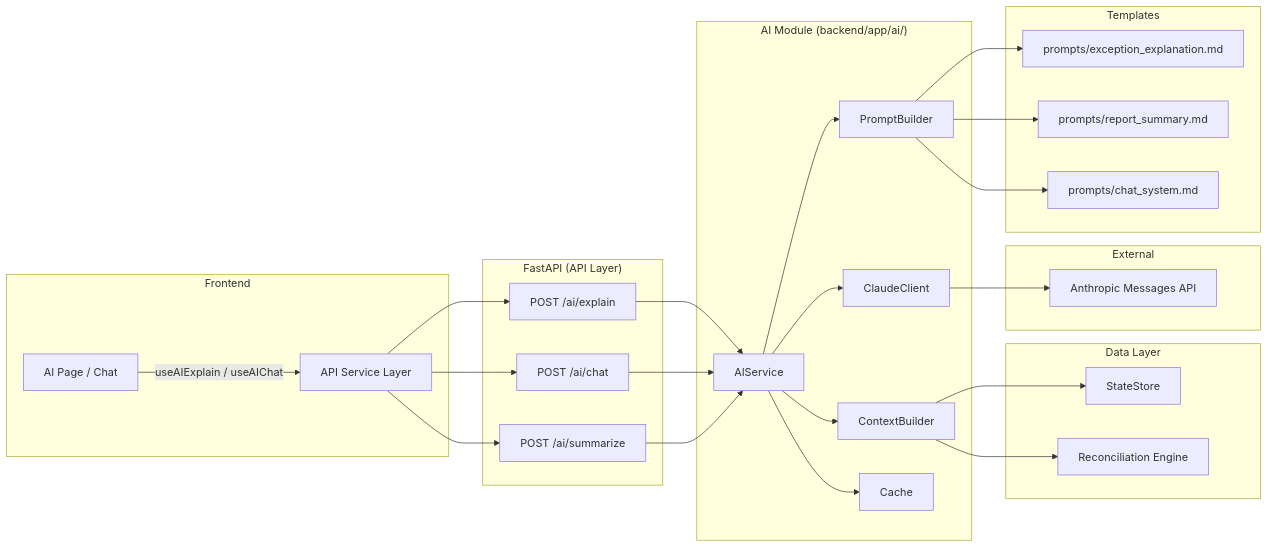
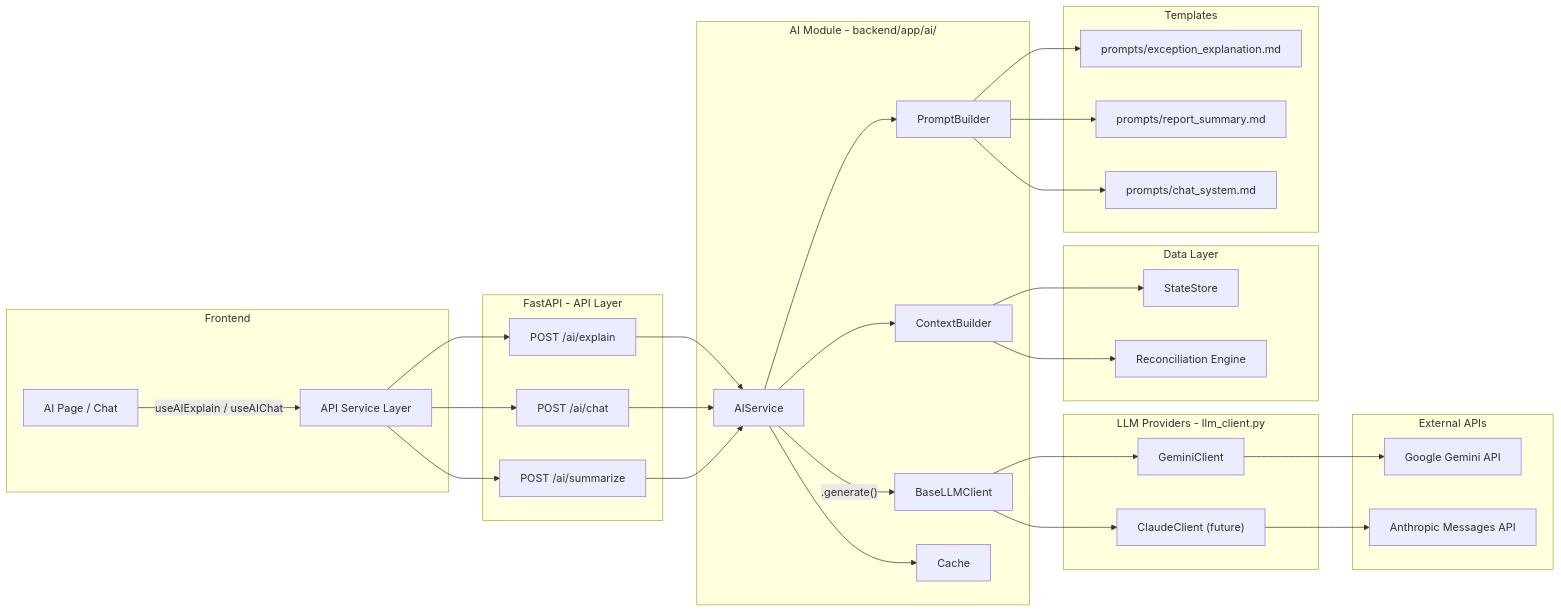
Before and after one commit to Abhivirani/financepilot-ai: the diagram in docs/AI_ARCHITECTURE.md, drawn with Mermaid. The commit also changed other lines of this file and 11 other files, not shown here.

First line of the commit message:
feat(ai): refactor for provider-agnostic LLM and implement Gemini integration

````diff
--- a/docs/AI_ARCHITECTURE.md
+++ b/docs/AI_ARCHITECTURE.md
@@ -22,37 +23,43 @@
 ```mermaid
 flowchart LR
     subgraph Frontend
         A[AI Page / Chat] -->|useAIExplain / useAIChat| B[API Service Layer]
     end
 
-    subgraph "FastAPI (API Layer)"
+    subgraph "FastAPI - API Layer"
         B --> C[POST /ai/explain]
         B --> D[POST /ai/chat]
         B --> E[POST /ai/summarize]
     end
 
-    subgraph "AI Module (backend/app/ai/)"
+    subgraph "AI Module - backend/app/ai/"
         C --> F[AIService]
         D --> F
         E --> F
         F --> G[ContextBuilder]
         F --> H[PromptBuilder]
-        F --> I[ClaudeClient]
+        F -->|".generate()"| I["BaseLLMClient"]
         F --> J[Cache]
+    end
+
+    subgraph "LLM Providers - llm_client.py"
+        I --> I1[GeminiClient]
+        I --> I2["ClaudeClient (future)"]
     end
 
     subgraph "Data Layer"
         G --> K[StateStore]
         G --> L[Reconciliation Engine]
     end
 
-    subgraph "External"
-        I --> M[Anthropic Messages API]
+    subgraph "External APIs"
+        I1 --> M1[Google Gemini API]
+        I2 --> M2[Anthropic Messages API]
     end
 
     subgraph "Templates"
         H --> N["prompts/exception_explanation.md"]
         H --> O["prompts/report_summary.md"]
         H --> P["prompts/chat_system.md"]
     end
 ```
````
